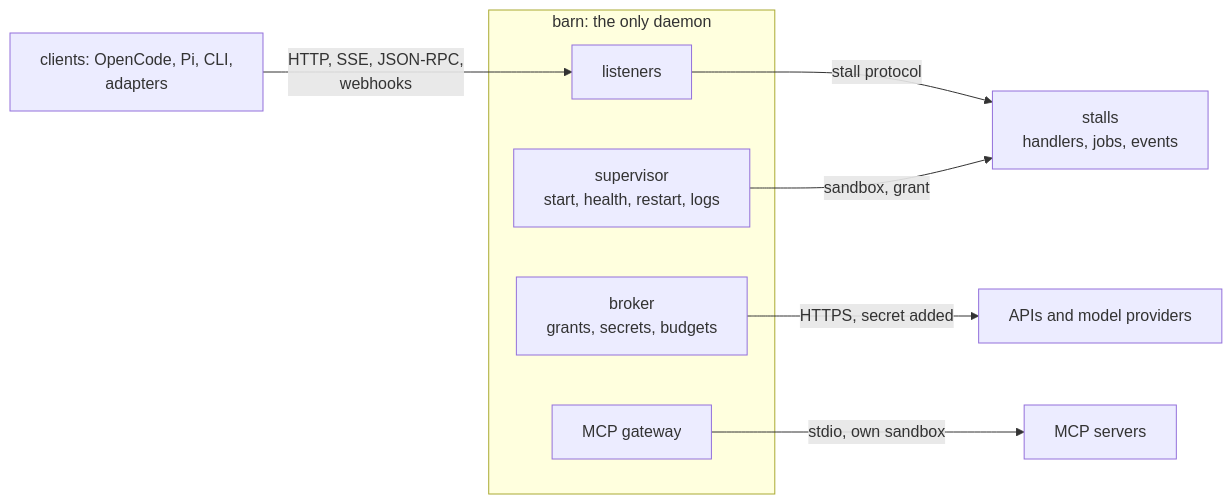
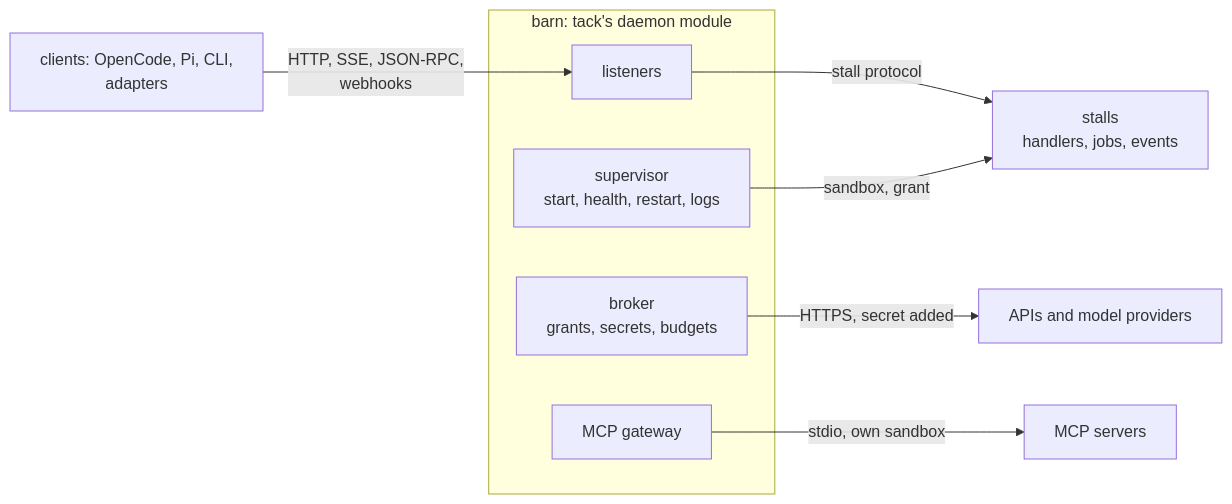
The diagram in README.md (wrkhse/barn), drawn with Mermaid before and after one commit. The commit also changed other lines of this file, not shown here.

First line of the commit message:
docs(readme): lead with what barn is (#20)

````diff
--- a/README.md
+++ b/README.md
@@ -25,14 +26,14 @@
 ```mermaid
 flowchart LR
     CL["clients: OpenCode, Pi, CLI,<br/>adapters"] -- "HTTP, SSE, JSON-RPC,<br/>webhooks" --> L
-    subgraph B["barn: the only daemon"]
+    subgraph B["barn: tack's daemon module"]
         L["listeners"]
         S["supervisor<br/>start, health, restart, logs"]
         BR["broker<br/>grants, secrets, budgets"]
         GW["MCP gateway"]
     end
     L -- "stall protocol" --> ST["stalls<br/>handlers, jobs, events"]
     S -- "sandbox, grant" --> ST
     BR -- "HTTPS, secret added" --> NET["APIs and model providers"]
     GW -- "stdio, own sandbox" --> MCP["MCP servers"]
 ```
````
